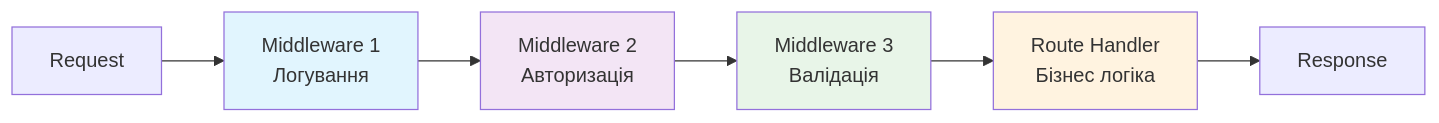
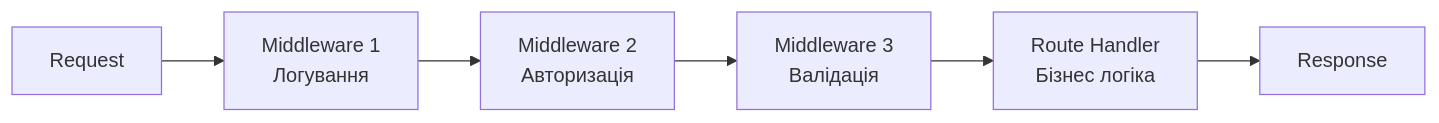
One commit to olroi421/course-web changed the second of 4 diagrams in docs/presentations/presentation-04.md. Above: the diagram before and after it, drawn with Mermaid. The commit also changed other lines of this file and 3 other files, not shown here.

````diff
--- a/docs/presentations/presentation-04.md
+++ b/docs/presentations/presentation-04.md
@@ -95,13 +95,9 @@
 ```mermaid
 graph LR
     A[Request] --> B[Middleware 1<br/>Логування]
     B --> C[Middleware 2<br/>Авторизація]
     C --> D[Middleware 3<br/>Валідація]
     D --> E[Route Handler<br/>Бізнес логіка]
     E --> F[Response]
 
-    style B fill:#e1f5fe
-    style C fill:#f3e5f5
-    style D fill:#e8f5e8
-    style E fill:#fff3e0
 ```
````
